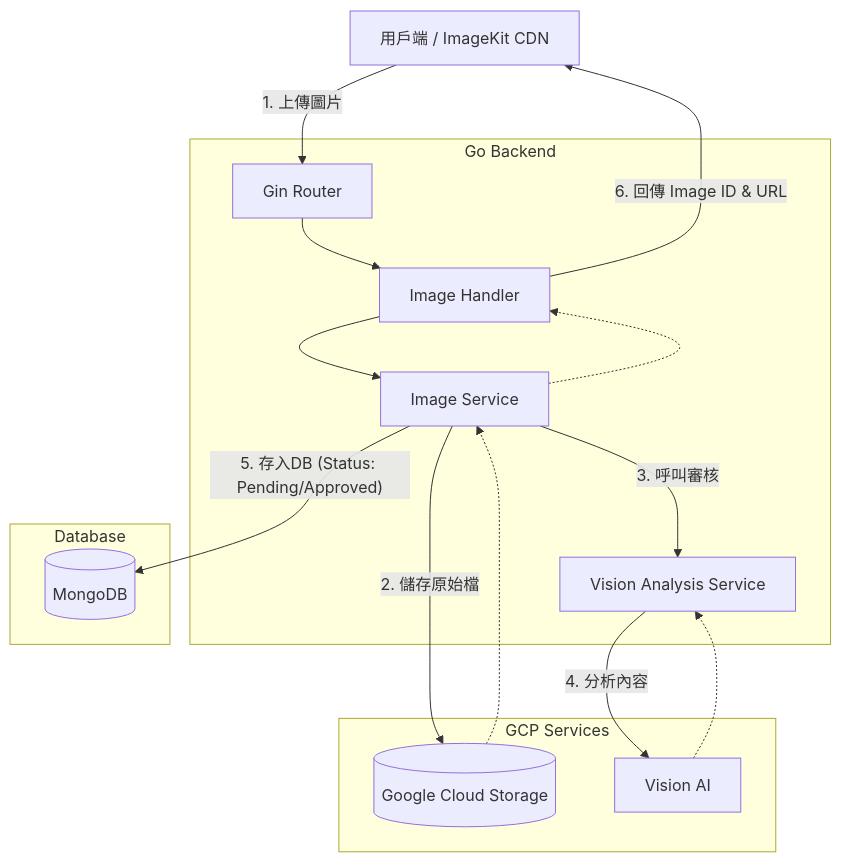
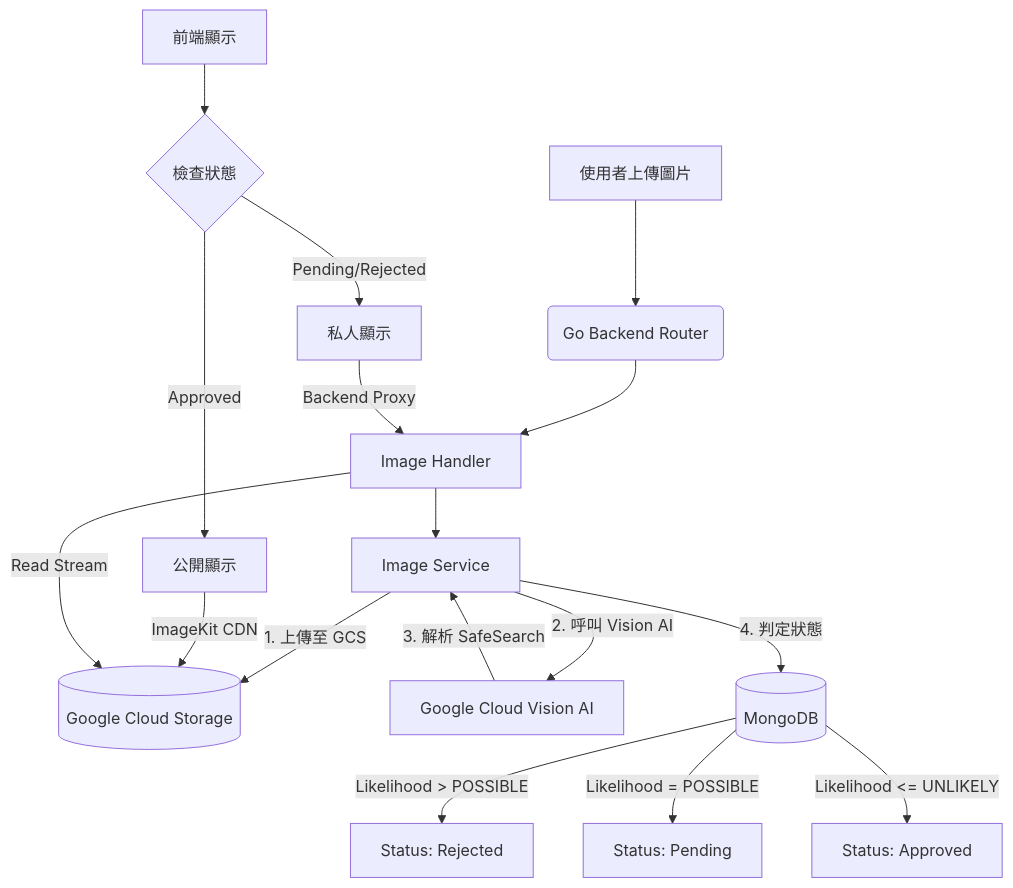
The diagram in DEVELOPMENT_GUIDE.md (WuSKai403/taiwanstay-back), drawn with Mermaid before and after one commit. The commit also changed other lines of this file and 5 other files, not shown here.

````diff
--- a/DEVELOPMENT_GUIDE.md
+++ b/DEVELOPMENT_GUIDE.md
@@ -87,32 +86,22 @@
 ```mermaid
 graph TD
-    Client[用戶端 / ImageKit CDN]
+    Client[使用者上傳圖片] --> Router(Go Backend Router)
+    Router --> ImgHandler[Image Handler]
+    ImgHandler --> ImgService[Image Service]
+    ImgService --> |1. 上傳至 GCS| GCS[(Google Cloud Storage)]
+    ImgService --> |2. 呼叫 Vision AI| VisionAPI[Google Cloud Vision AI]
+    VisionAPI --> |3. 解析 SafeSearch| ImgService
+    ImgService --> |4. 判定狀態| DB[(MongoDB)]
 
-    subgraph "Go Backend"
-        Router[Gin Router]
-        ImgHandler[Image Handler]
-        ImgService[Image Service]
-        VisionService[Vision Analysis Service]
-    end
+    DB --> |Likelihood > POSSIBLE| Rejected[Status: Rejected]
+    DB --> |Likelihood = POSSIBLE| Pending[Status: Pending]
+    DB --> |Likelihood <= UNLIKELY| Approved[Status: Approved]
 
-    subgraph "GCP Services"
-        GCS[(Google Cloud Storage)]
-        VisionAPI[Vision AI]
-    end
+    ClientView[前端顯示] --> CheckStatus{檢查狀態}
+    CheckStatus --> |Approved| PublicView[公開顯示]
+    CheckStatus --> |Pending/Rejected| PrivateView[私人顯示]
 
-    subgraph "Database"
-        MongoDB[(MongoDB)]
-    end
-
-    Client -- 1. 上傳圖片 --> Router
-    Router --> ImgHandler
-    ImgHandler --> ImgService
-    ImgService -- 2. 儲存原始檔 --> GCS
-    GCS -.-> ImgService
-    ImgService -- 3. 呼叫審核 --> VisionService
-    VisionService -- 4. 分析內容 --> VisionAPI
-    VisionAPI -.-> VisionService
-    ImgService -- 5. 存入DB (Status: Pending/Approved) --> MongoDB
-    ImgService -.-> ImgHandler
-    ImgHandler -- 6. 回傳 Image ID & URL --> Client
+    PublicView --> |ImageKit CDN| GCS
+    PrivateView --> |Backend Proxy| ImgHandler
+    ImgHandler --> |Read Stream| GCS
 ```
````
